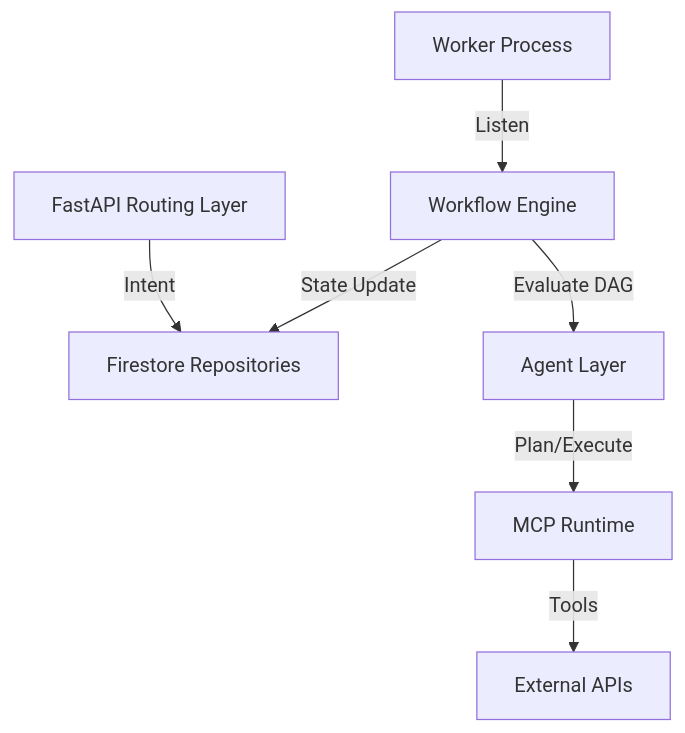
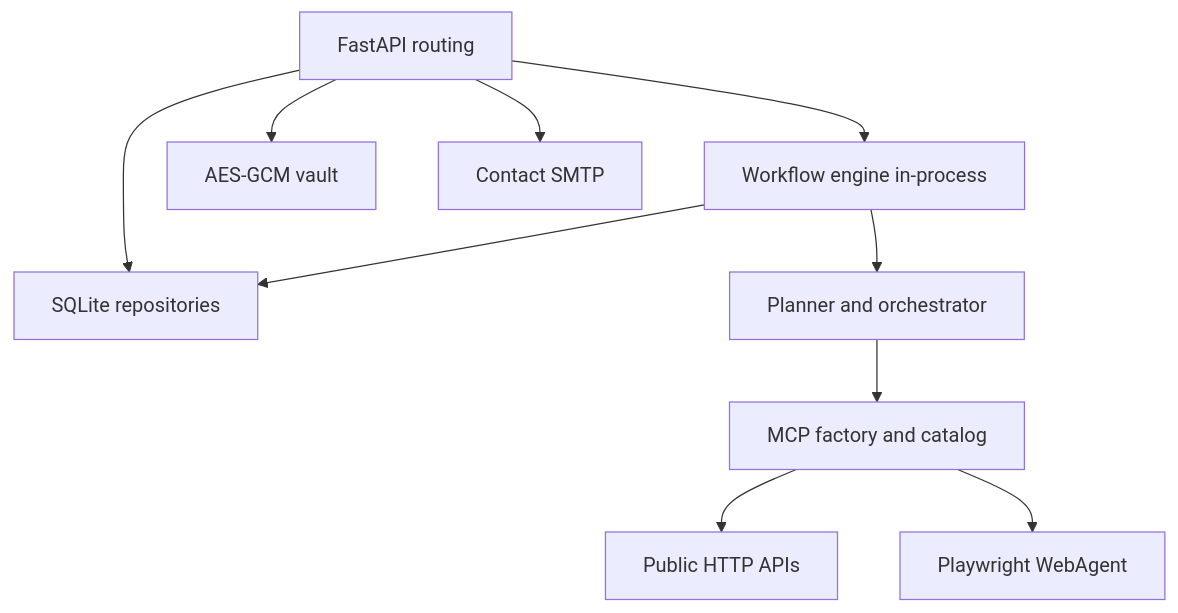
One commit to umangvijay/AgenticOS-Google-DEVPOST- changed the diagram in docs/diagrams/02-backend-components.md. Above: the diagram before and after it, drawn with Mermaid. The commit also changed other lines of this file and 39 other files, not shown here.

First line of the commit message:
Ship chat MCP routing, live E2E, and Cloud Run secret docs.

````diff
--- a/docs/diagrams/02-backend-components.md
+++ b/docs/diagrams/02-backend-components.md
@@ -3,16 +3,21 @@
 ```mermaid
 graph TD
-    API[FastAPI Routing Layer]
-    Worker[Worker Process]
-    Engine[Workflow Engine]
-    Repo[Firestore Repositories]
-    Agents[Agent Layer]
-    MCP[MCP Runtime]
-    
-    API -->|Intent| Repo
-    Worker -->|Listen| Engine
-    Engine -->|Evaluate DAG| Agents
-    Agents -->|Plan/Execute| MCP
-    MCP -->|Tools| External[External APIs]
-    Engine -->|State Update| Repo
+    API[FastAPI routing]
+    Engine[Workflow engine in-process]
+    Repo[SQLite repositories]
+    Agents[Planner and orchestrator]
+    MCP[MCP factory and catalog]
+    Web[Playwright WebAgent]
+    Vault[AES-GCM vault]
+    SMTP[Contact SMTP]
+
+    API --> Repo
+    API --> Vault
+    API --> SMTP
+    API --> Engine
+    Engine --> Agents
+    Agents --> MCP
+    MCP --> External[Public HTTP APIs]
+    MCP --> Web
+    Engine --> Repo
 ```
````
